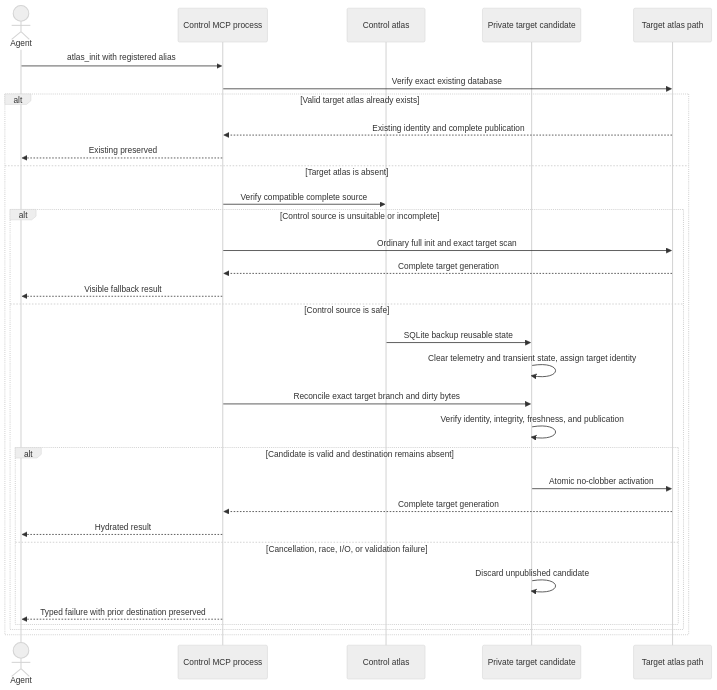
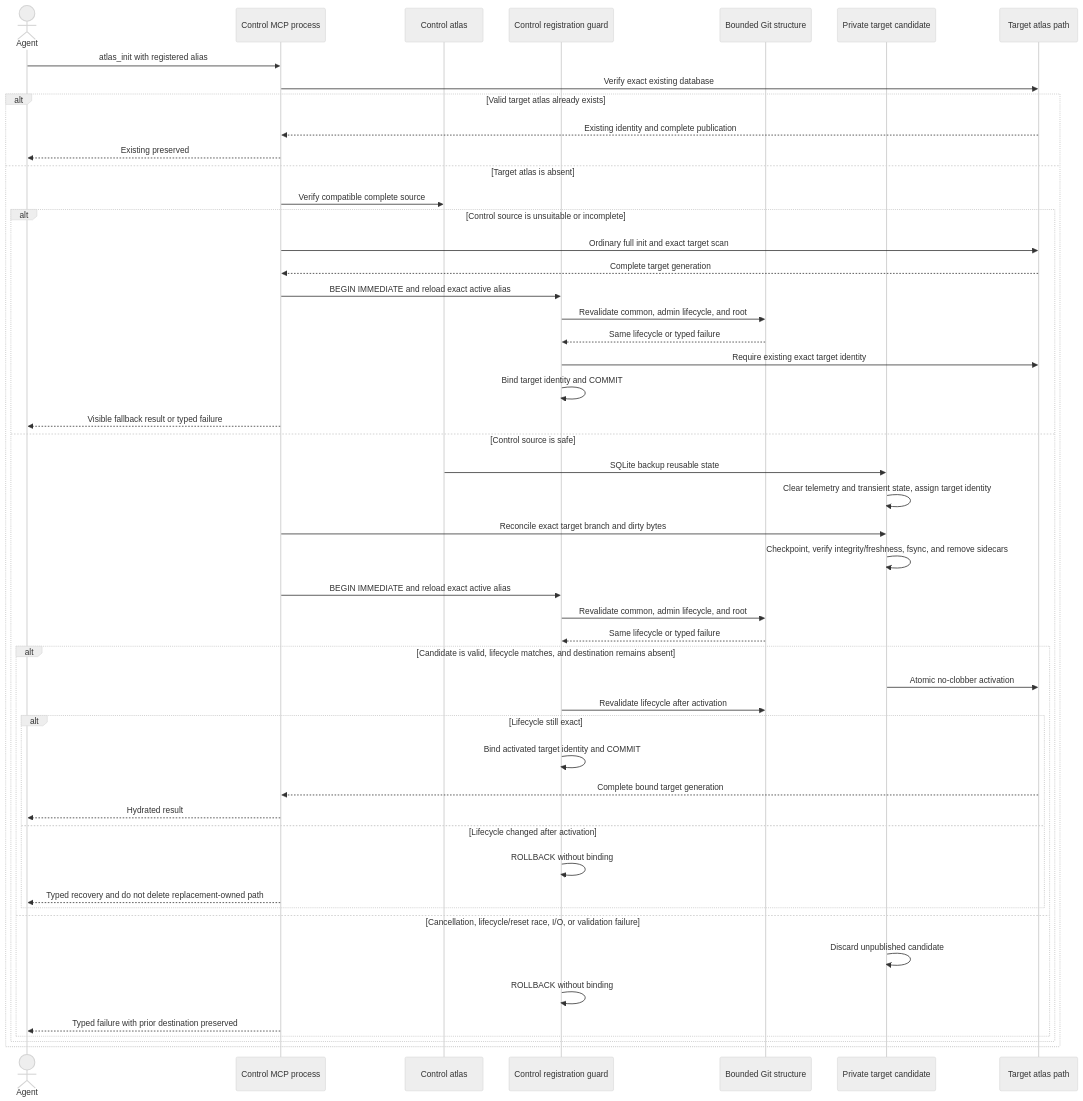
One commit to styler-ai/ProjectAtlas changed the third of 6 diagrams in docs/worktree-lifecycle.md. Above: the diagram before and after it, drawn with Mermaid (neutral theme). The commit also changed other lines of this file and 10 other files, not shown here.

Commit message:
fix(worktrees): close lifecycle publication races (#430)

````diff
--- a/docs/worktree-lifecycle.md
+++ b/docs/worktree-lifecycle.md
@@ -88,35 +115,53 @@
 ```mermaid
 sequenceDiagram
     actor Agent
     participant MCP as Control MCP process
     participant Control as Control atlas
+    participant Registry as Control registration guard
+    participant Structure as Bounded Git structure
     participant Candidate as Private target candidate
     participant Target as Target atlas path
 
     Agent->>MCP: atlas_init with registered alias
     MCP->>Target: Verify exact existing database
     alt Valid target atlas already exists
         Target-->>MCP: Existing identity and complete publication
         MCP-->>Agent: Existing preserved
     else Target atlas is absent
         MCP->>Control: Verify compatible complete source
         alt Control source is unsuitable or incomplete
             MCP->>Target: Ordinary full init and exact target scan
             Target-->>MCP: Complete target generation
-            MCP-->>Agent: Visible fallback result
+            MCP->>Registry: BEGIN IMMEDIATE and reload exact active alias
+            Registry->>Structure: Revalidate common, admin lifecycle, and root
+            Structure-->>Registry: Same lifecycle or typed failure
+            Registry->>Target: Require existing exact target identity
+            Registry->>Registry: Bind target identity and COMMIT
+            MCP-->>Agent: Visible fallback result or typed failure
         else Control source is safe
             Control->>Candidate: SQLite backup reusable state
             Candidate->>Candidate: Clear telemetry and transient state, assign target identity
             MCP->>Candidate: Reconcile exact target branch and dirty bytes
-            Candidate->>Candidate: Verify identity, integrity, freshness, and publication
-            alt Candidate is valid and destination remains absent
+            Candidate->>Candidate: Checkpoint, verify integrity/freshness, fsync, and remove sidecars
+            MCP->>Registry: BEGIN IMMEDIATE and reload exact active alias
+            Registry->>Structure: Revalidate common, admin lifecycle, and root
+            Structure-->>Registry: Same lifecycle or typed failure
+            alt Candidate is valid, lifecycle matches, and destination remains absent
                 Candidate->>Target: Atomic no-clobber activation
-                Target-->>MCP: Complete target generation
-                MCP-->>Agent: Hydrated result
-            else Cancellation, race, I/O, or validation failure
+                Registry->>Structure: Revalidate lifecycle after activation
+                alt Lifecycle still exact
+                    Registry->>Registry: Bind activated target identity and COMMIT
+                    Target-->>MCP: Complete bound target generation
+                    MCP-->>Agent: Hydrated result
+                else Lifecycle changed after activation
+                    Registry->>Registry: ROLLBACK without binding
+                    MCP-->>Agent: Typed recovery and do not delete replacement-owned path
+                end
+            else Cancellation, lifecycle/reset race, I/O, or validation failure
                 Candidate->>Candidate: Discard unpublished candidate
+                Registry->>Registry: ROLLBACK without binding
                 MCP-->>Agent: Typed failure with prior destination preserved
             end
         end
     end
 ```
````
